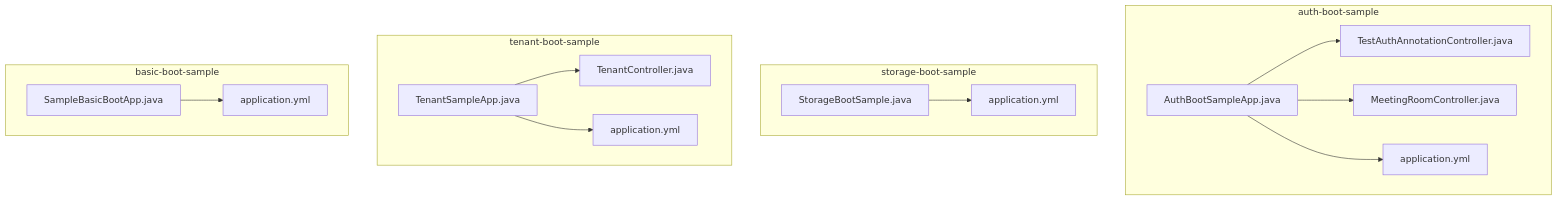
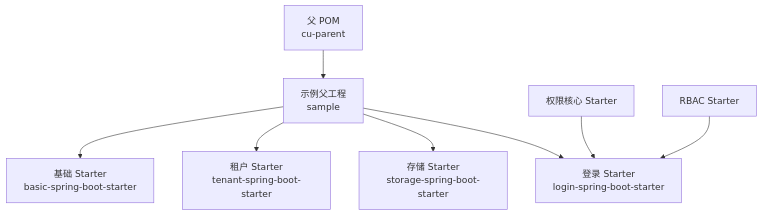
Before and after one commit to LiukewenSC/kewen-framework: the second of 4 diagrams in .qoder/repowiki/zh/content/示例应用/示例应用.md, drawn with Mermaid. The commit also changed other lines of this file and 195 other files, not shown here.

````diff
--- a/.qoder/repowiki/zh/content/示例应用/示例应用.md
+++ b/.qoder/repowiki/zh/content/示例应用/示例应用.md
@@ -97,29 +104,19 @@
 ```mermaid
 graph TB
-subgraph "auth-boot-sample"
-AC["AuthBootSampleApp.java"]
-ATC["TestAuthAnnotationController.java"]
-AMC["MeetingRoomController.java"]
-ACFG["application.yml"]
-end
-subgraph "storage-boot-sample"
-SC["StorageBootSample.java"]
-SCFG["application.yml"]
-end
-subgraph "tenant-boot-sample"
-TC["TenantSampleApp.java"]
-TCTL["TenantController.java"]
-TCFG["application.yml"]
-end
-subgraph "basic-boot-sample"
-BC["SampleBasicBootApp.java"]
-BCFG["application.yml"]
-end
-AC --> ATC
-AC --> AMC
-AC --> ACFG
-SC --> SCFG
-TC --> TCTL
-TC --> TCFG
-BC --> BCFG
+    ParentPom["父 POM<br/>cu-parent"]
+    SampleParent["示例父工程<br/>sample"]
+    StarterLogin["登录 Starter<br/>login-spring-boot-starter"]
+    StarterStorage["存储 Starter<br/>storage-spring-boot-starter"]
+    StarterTenant["租户 Starter<br/>tenant-spring-boot-starter"]
+    StarterBasic["基础 Starter<br/>basic-spring-boot-starter"]
+    StarterAuthCore["权限核心 Starter"]
+    StarterAuthRbac["RBAC Starter"]
+
+    ParentPom --> SampleParent
+    SampleParent --> StarterLogin
+    SampleParent --> StarterStorage
+    SampleParent --> StarterTenant
+    SampleParent --> StarterBasic
+    StarterAuthCore --> StarterLogin
+    StarterAuthRbac --> StarterLogin
 ```
````
